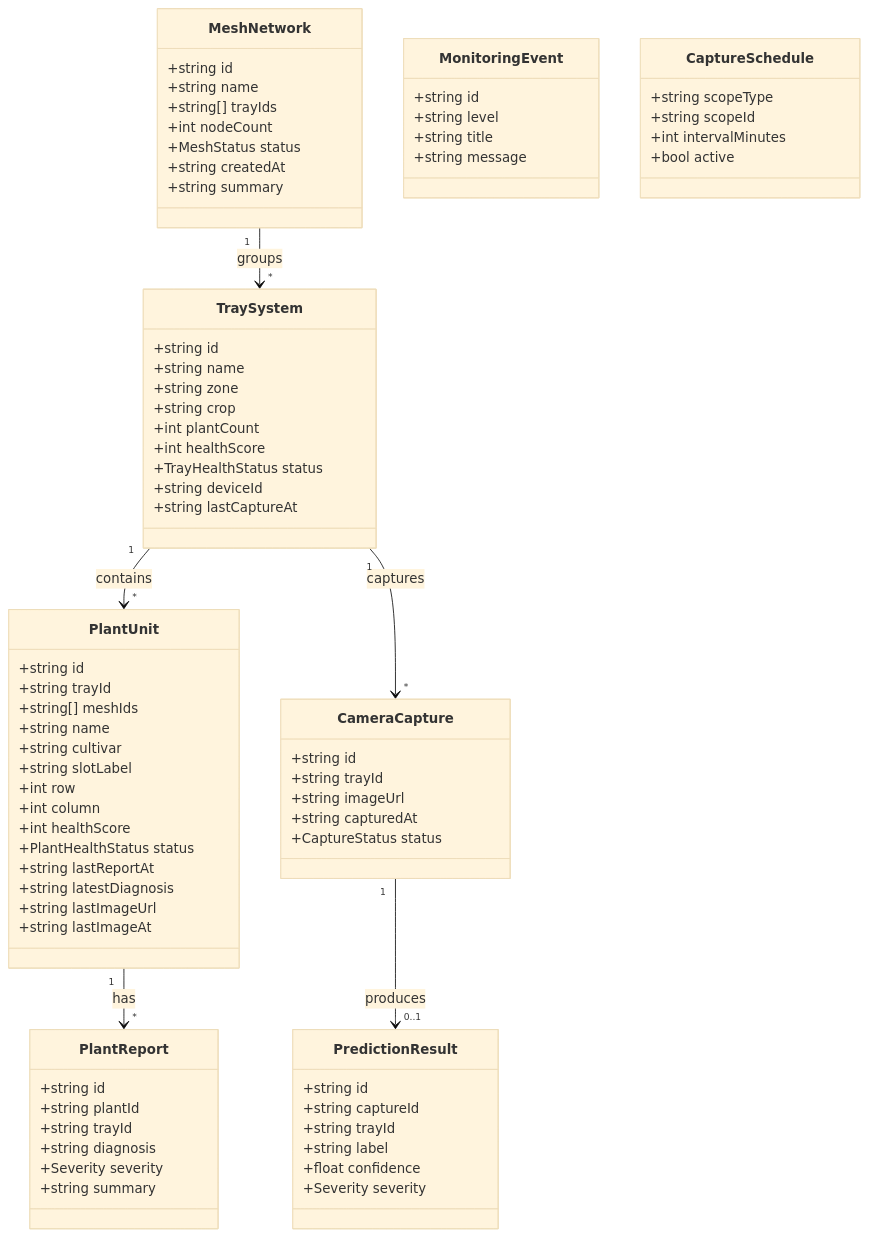
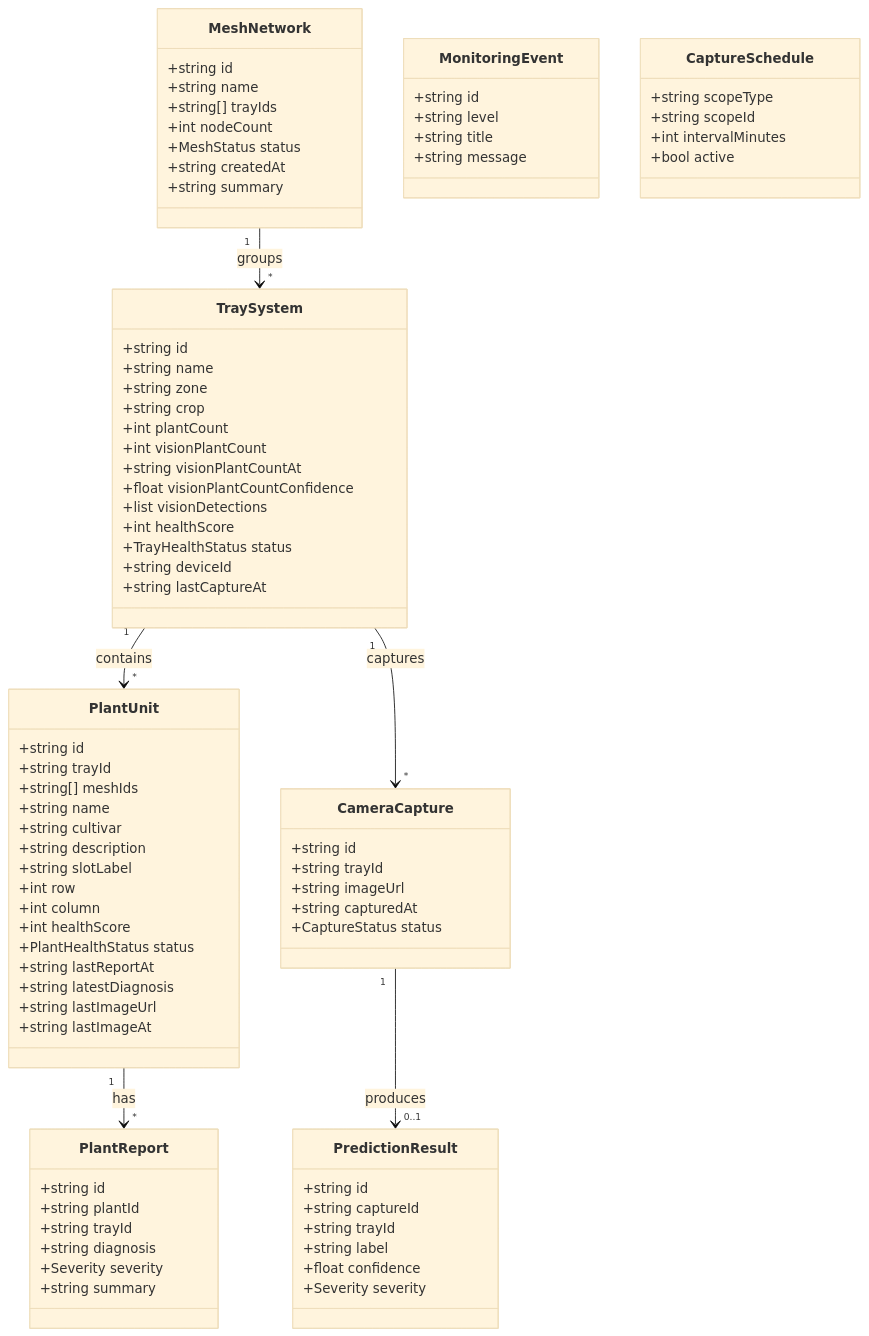
Before and after one commit to Agri-Home/agrihome: the first of 2 diagrams in docs/diagrams/03-uml.md, drawn with Mermaid (base theme). The commit also changed other lines of this file and 33 other files, not shown here.

```diff
--- a/docs/diagrams/03-uml.md
+++ b/docs/diagrams/03-uml.md
@@ -14,6 +14,10 @@
     +string zone
     +string crop
     +int plantCount
+    +int visionPlantCount
+    +string visionPlantCountAt
+    +float visionPlantCountConfidence
+    +list visionDetections
     +int healthScore
     +TrayHealthStatus status
     +string deviceId
@@ -26,6 +30,7 @@
     +string[] meshIds
     +string name
     +string cultivar
+    +string description
     +string slotLabel
     +int row
     +int column
```
